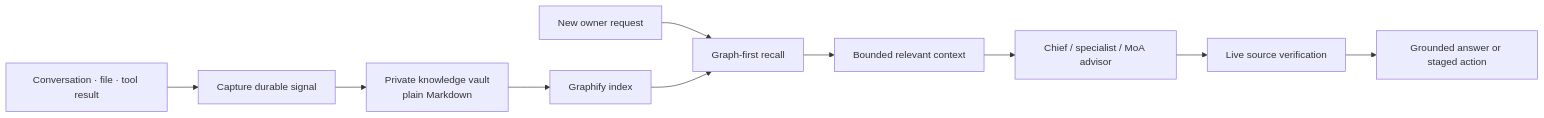
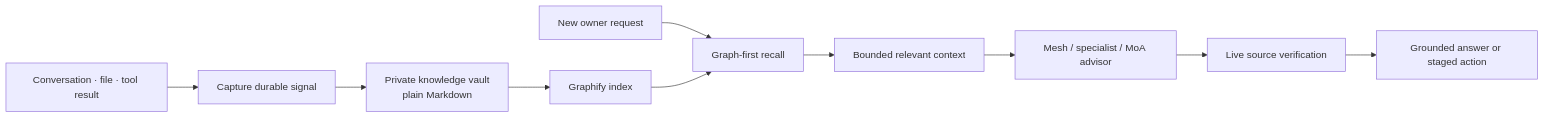
One commit to thefiredev-cloud/meshvault-agentic-architecture changed the fourth of 5 diagrams in README.md. Above: the diagram before and after it, drawn with Mermaid. The commit also changed other lines of this file, not shown here.

Commit message:
docs: rename Chief to Mesh (front-door identity canon 2026-07-25)

````diff
--- a/README.md
+++ b/README.md
@@ -181,12 +181,12 @@
 ```mermaid
 flowchart LR
     Event["Conversation · file · tool result"] --> Capture["Capture durable signal"]
     Capture --> Vault["Private knowledge vault\nplain Markdown"]
     Vault --> Graph["Graphify index"]
     Query["New owner request"] --> Recall["Graph-first recall"]
     Graph --> Recall
     Recall --> Context["Bounded relevant context"]
-    Context --> Agent["Chief / specialist / MoA advisor"]
+    Context --> Agent["Mesh / specialist / MoA advisor"]
     Agent --> Evidence["Live source verification"]
     Evidence --> Answer["Grounded answer or staged action"]
 ```
````
